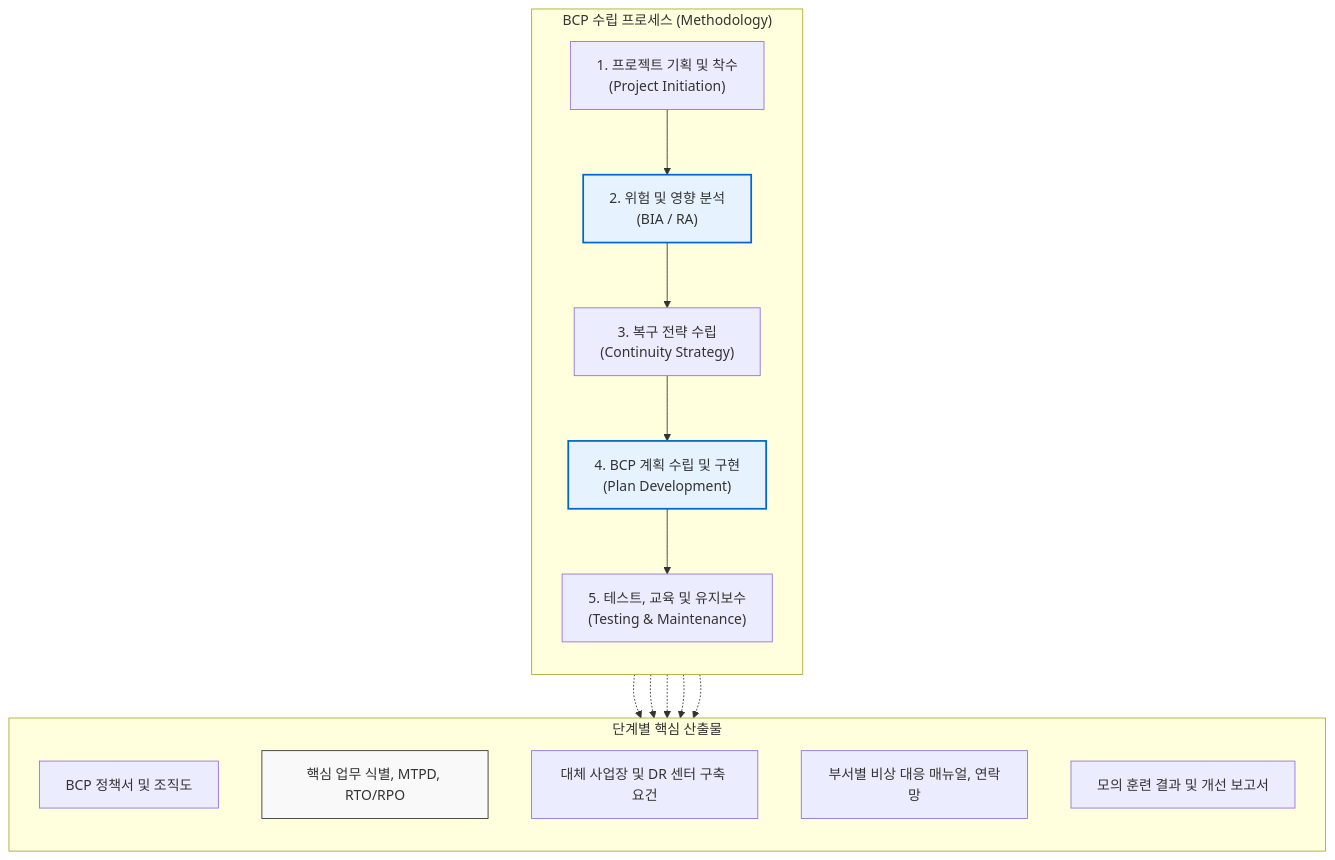
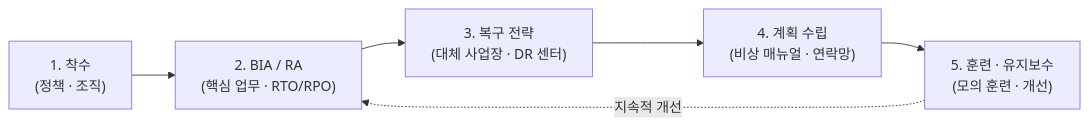
Before and after one commit to supremethumb/supremethumb.github.io: the first of 2 diagrams in content/01_IT Tech/BCP.md, drawn with Mermaid. The commit also changed other lines of this file and 1087 other files, not shown here.

````diff
--- a/content/01_IT Tech/BCP.md
+++ b/content/01_IT Tech/BCP.md
@@ -29,30 +35,8 @@
 ```mermaid
-flowchart TD
-    subgraph "BCP 수립 프로세스 (Methodology)"
-        direction TB
-        P1["1. 프로젝트 기획 및 착수<br/>(Project Initiation)"] --> P2["2. 위험 및 영향 분석<br/>(BIA / RA)"]
-        P2 --> P3["3. 복구 전략 수립<br/>(Continuity Strategy)"]
-        P3 --> P4["4. BCP 계획 수립 및 구현<br/>(Plan Development)"]
-        P4 --> P5["5. 테스트, 교육 및 유지보수<br/>(Testing & Maintenance)"]
-    end
-
-    subgraph "단계별 핵심 산출물"
-        direction TB
-        D1[BCP 정책서 및 조직도]
-        D2[핵심 업무 식별, MTPD, RTO/RPO]
-        D3[대체 사업장 및 DR 센터 구축 요건]
-        D4[부서별 비상 대응 매뉴얼, 연락망]
-        D5[모의 훈련 결과 및 개선 보고서]
-    end
-
-    P1 -.-> D1
-    P2 -.-> D2
-    P3 -.-> D3
-    P4 -.-> D4
-    P5 -.-> D5
-
-    style P2 fill:#e6f3ff,stroke:#0066cc,stroke-width:2px
-    style P4 fill:#e6f3ff,stroke:#0066cc,stroke-width:2px
-    style D2 fill:#f9f9f9,stroke:#333
-
+flowchart LR
+    P1["1. 착수<br/>(정책 · 조직)"] --> P2["2. BIA / RA<br/>(핵심 업무 · RTO/RPO)"]
+    P2 --> P3["3. 복구 전략<br/>(대체 사업장 · DR 센터)"]
+    P3 --> P4["4. 계획 수립<br/>(비상 매뉴얼 · 연락망)"]
+    P4 --> P5["5. 훈련 · 유지보수<br/>(모의 훈련 · 개선)"]
+    P5 -. "지속적 개선" .-> P2
 ```
````
